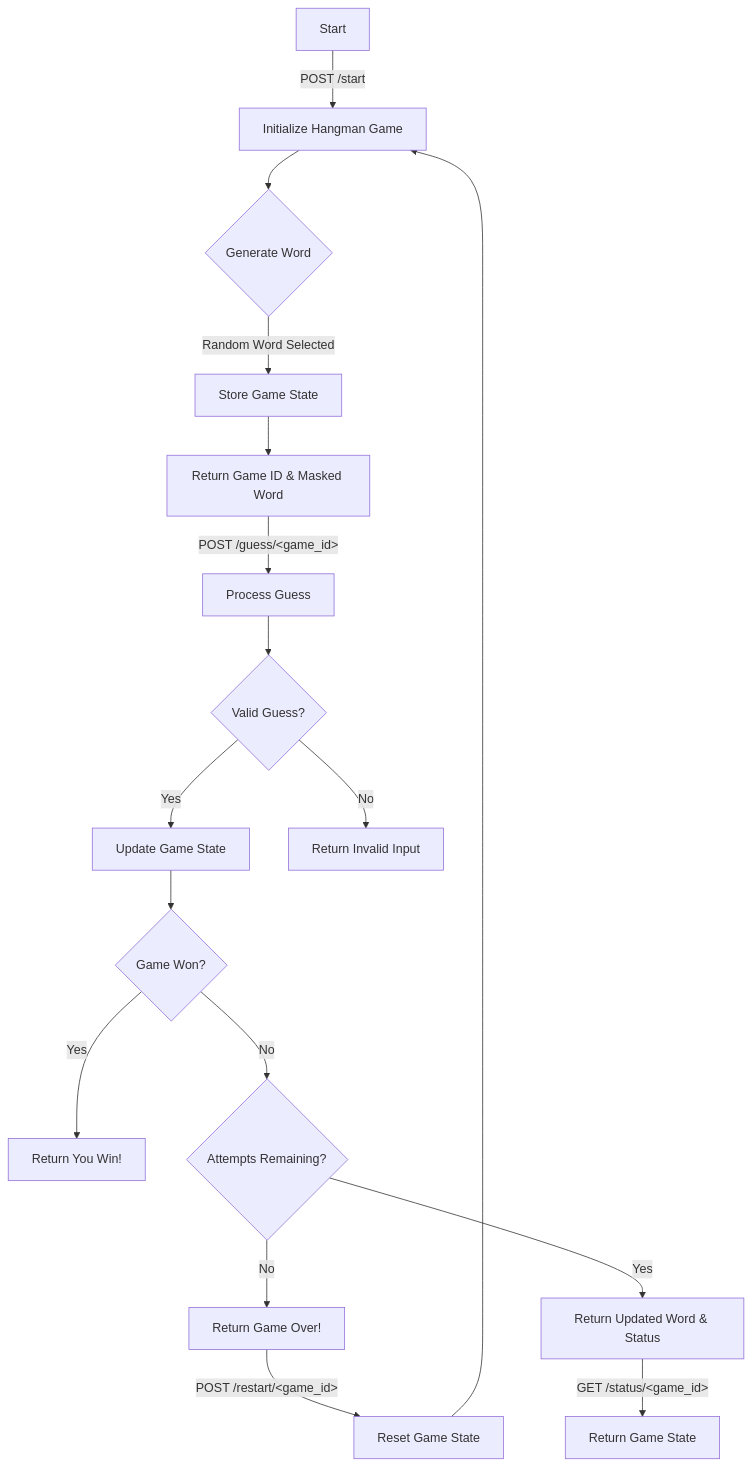
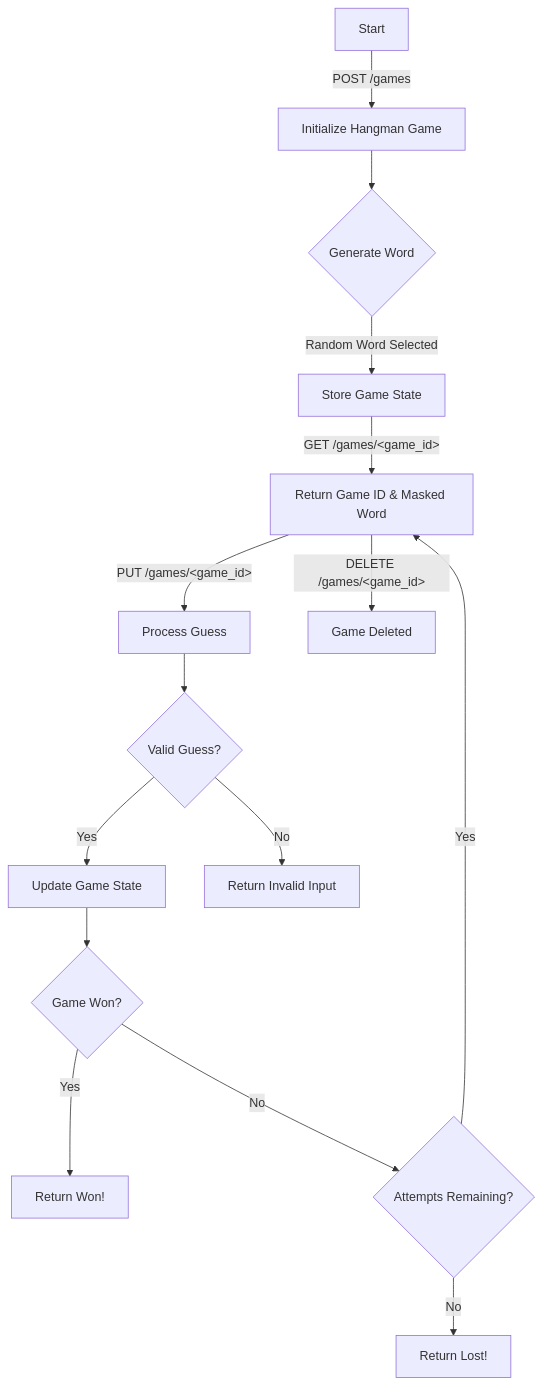
One commit to aacuna-unosquare/ai_tooling_training changed the diagram in README.md. Above: the diagram before and after it, drawn with Mermaid. The commit also changed other lines of this file, not shown here.

````diff
--- a/README.md
+++ b/README.md
@@ -80,22 +80,19 @@
 ```mermaid
 graph TD;
-  A[Start] -->|POST /start| B[Initialize Hangman Game]
+  A[Start] -->|POST /games| B[Initialize Hangman Game]
   B --> C{Generate Word}
   C -->|Random Word Selected| D[Store Game State]
-  D --> E[Return Game ID & Masked Word]
-
-  E -->|"POST /guess/&lt;game_id&gt;"| F[Process Guess]
+  D -->|"GET /games/&lt;game_id&gt;"| E[Return Game ID & Masked Word]
+  E -->|"PUT /games/&lt;game_id&gt;"| F[Process Guess]
+  E -->|"DELETE /games/&lt;game_id&gt;"| M[Game Deleted]
   F --> G{Valid Guess?}
   G -- Yes --> H[Update Game State]
   H --> I{Game Won?}
-  I -- Yes --> J[Return You Win!]
+  I -- Yes --> J[Return Won!]
   I -- No --> K{Attempts Remaining?}
-  K -- No --> L[Return Game Over!]
-  K -- Yes --> M[Return Updated Word & Status]
+  K -- No --> L[Return Lost!]
+  K -- Yes --> E
 
   G -- No --> N[Return Invalid Input]
 
-  M -->|"GET /status/&lt;game_id&gt;"| O[Return Game State]
-  L -->|"POST /restart/&lt;game_id&gt;"| P[Reset Game State]
-  P --> B
 ```
````
